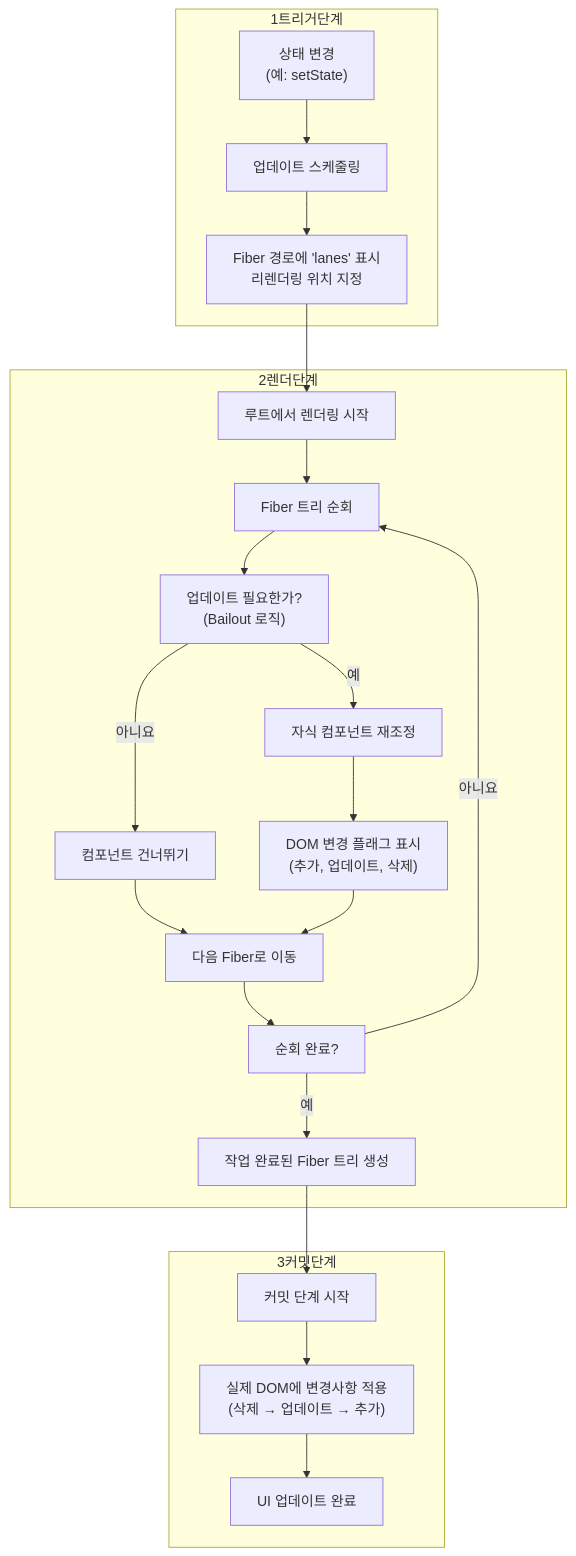
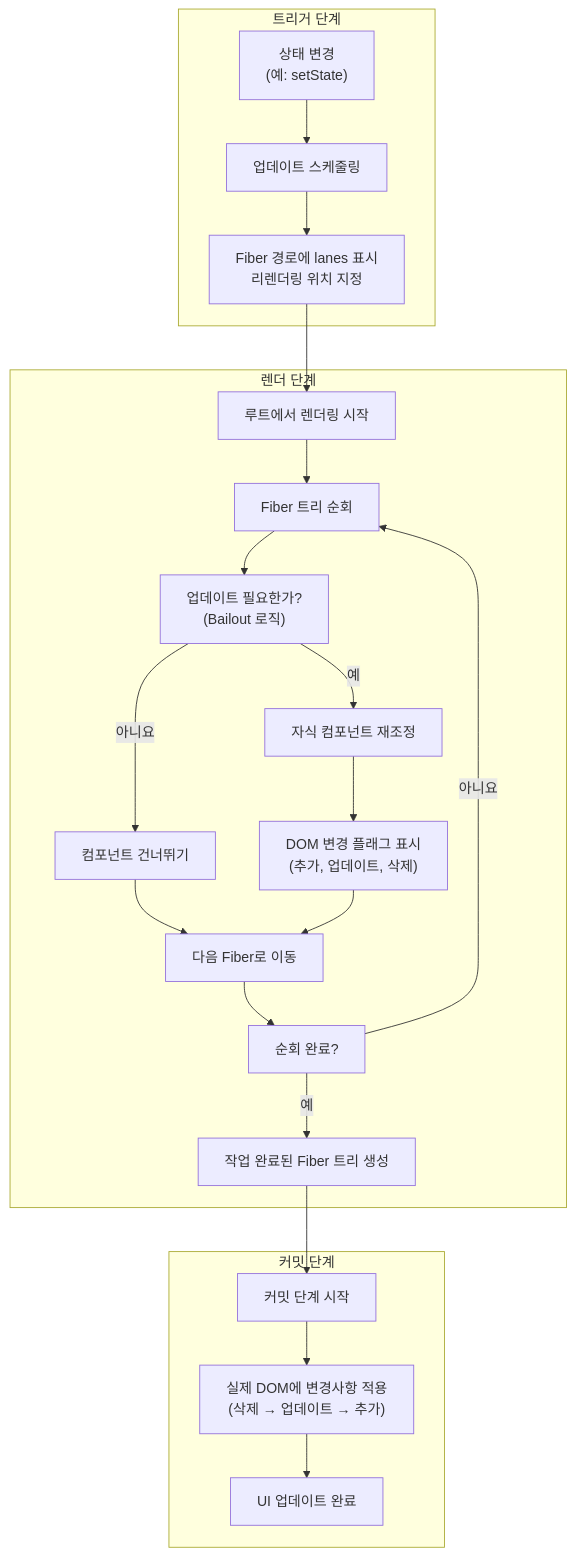
One commit to devtedlee/ted-projects-blog changed the first of 3 diagrams in cme2wuwc0000302jvcuqec5jq.md. Above: the diagram before and after it, drawn with Mermaid.

Commit message:
update post: React19 Internals 2: 렌더링

````diff
--- a/cme2wuwc0000302jvcuqec5jq.md
+++ b/cme2wuwc0000302jvcuqec5jq.md
@@ -77,45 +77,45 @@
 ```mermaid
 flowchart TD
-    subgraph "1트리거단계"
+    subgraph "트리거 단계"
         A["상태 변경<br />(예: setState)"]
         B["업데이트 스케줄링"]
-        C["Fiber 경로에 'lanes' 표시<br />리렌더링 위치 지정"]
+        C["Fiber 경로에 lanes 표시<br />리렌더링 위치 지정"]
     end
 
-    subgraph "2렌더단계"
+    subgraph "렌더 단계"
         D["루트에서 렌더링 시작"]
         E["Fiber 트리 순회"]
         F["업데이트 필요한가?<br />(Bailout 로직)"]
         G["컴포넌트 건너뛰기"]
         H["자식 컴포넌트 재조정"]
         I["DOM 변경 플래그 표시<br/>(추가, 업데이트, 삭제)"]
         J["다음 Fiber로 이동"]
         K["순회 완료?"]
         L["작업 완료된 Fiber 트리 생성"]
     end
 
-    subgraph "3커밋단계"
+    subgraph "커밋 단계"
         M["커밋 단계 시작"]
         N["실제 DOM에 변경사항 적용<br/>(삭제 → 업데이트 → 추가)"]
         O["UI 업데이트 완료"]
     end
 
     A --> B
     B --> C
 
     C --> D
     D --> E
     E --> F
     F -- "아니요" --> G
     F -- "예" --> H
     H --> I
     G --> J
     I --> J
     J --> K
     K -- "아니요" --> E
     K -- "예" --> L
 
     L --> M
     M --> N
     N --> O
 ```
````
